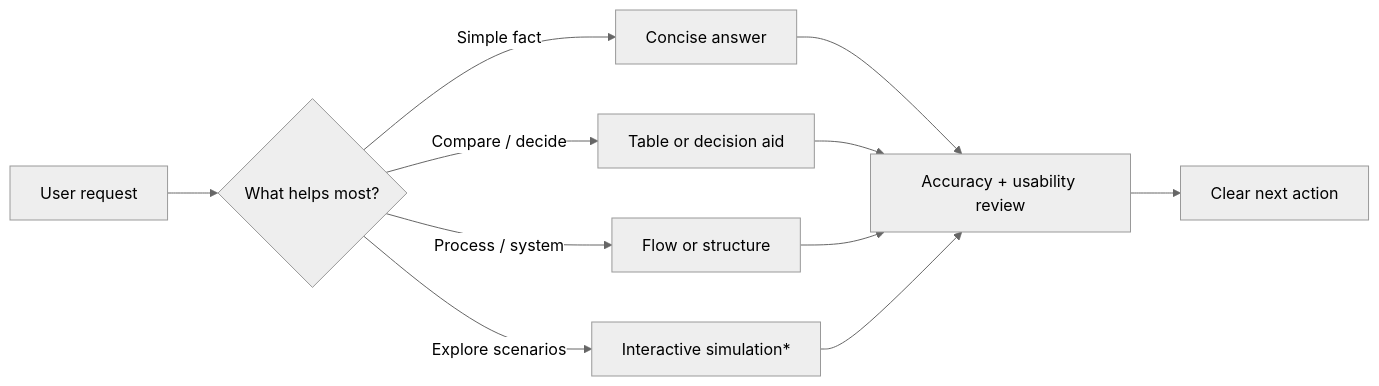
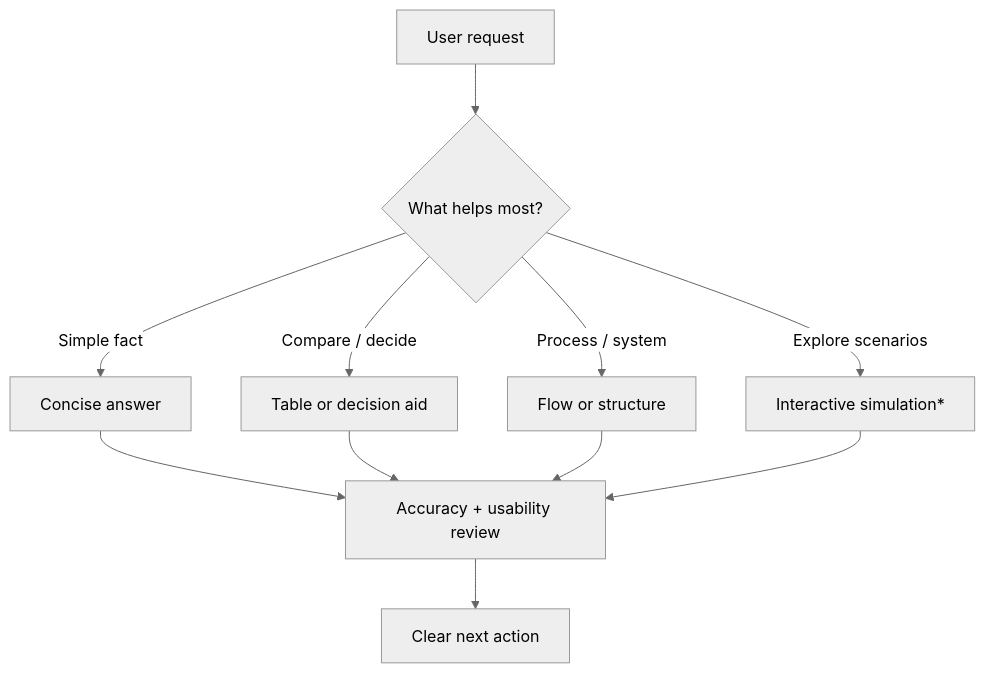
Before and after one commit to dominkang90/visual-intelligence-v8: the diagram in README.md, drawn with Mermaid (neutral theme). The commit also changed other lines of this file, not shown here.

````diff
--- a/README.md
+++ b/README.md
@@ -34,13 +34,13 @@
 ```mermaid
-flowchart LR
+flowchart TB
     A["User request"] --> B{"What helps most?"}
     B -->|"Simple fact"| C["Concise answer"]
     B -->|"Compare / decide"| D["Table or decision aid"]
     B -->|"Process / system"| E["Flow or structure"]
     B -->|"Explore scenarios"| F["Interactive simulation*"]
     C --> G["Accuracy + usability review"]
     D --> G
     E --> G
     F --> G
     G --> H["Clear next action"]
 ```
````
